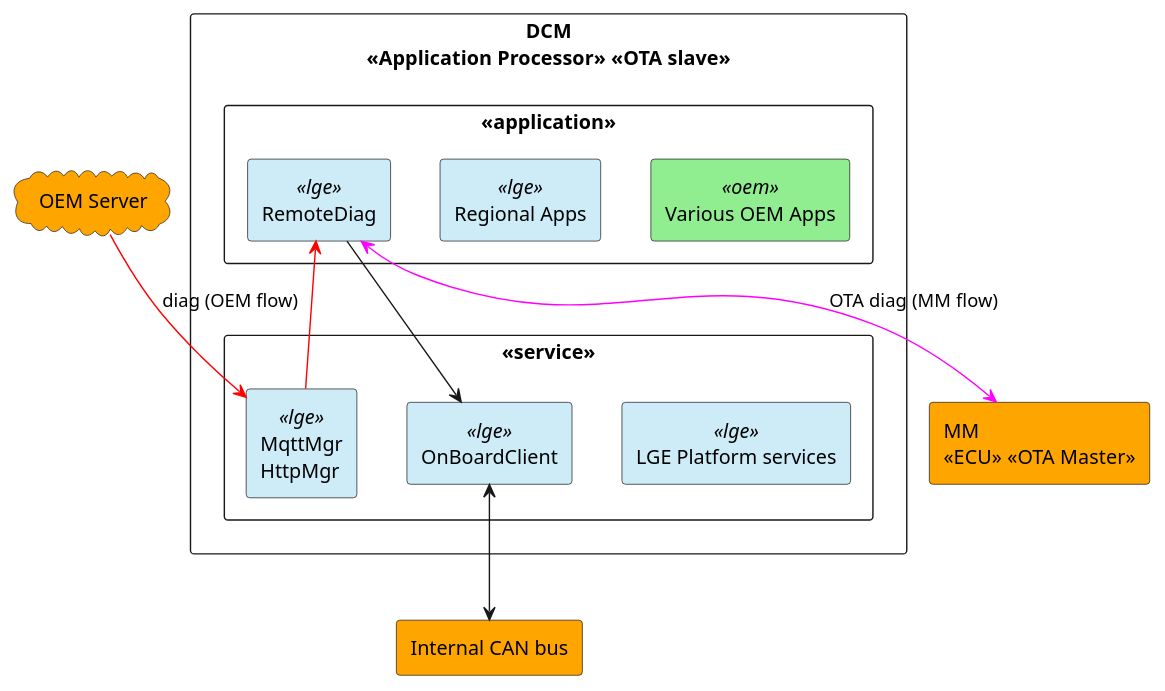
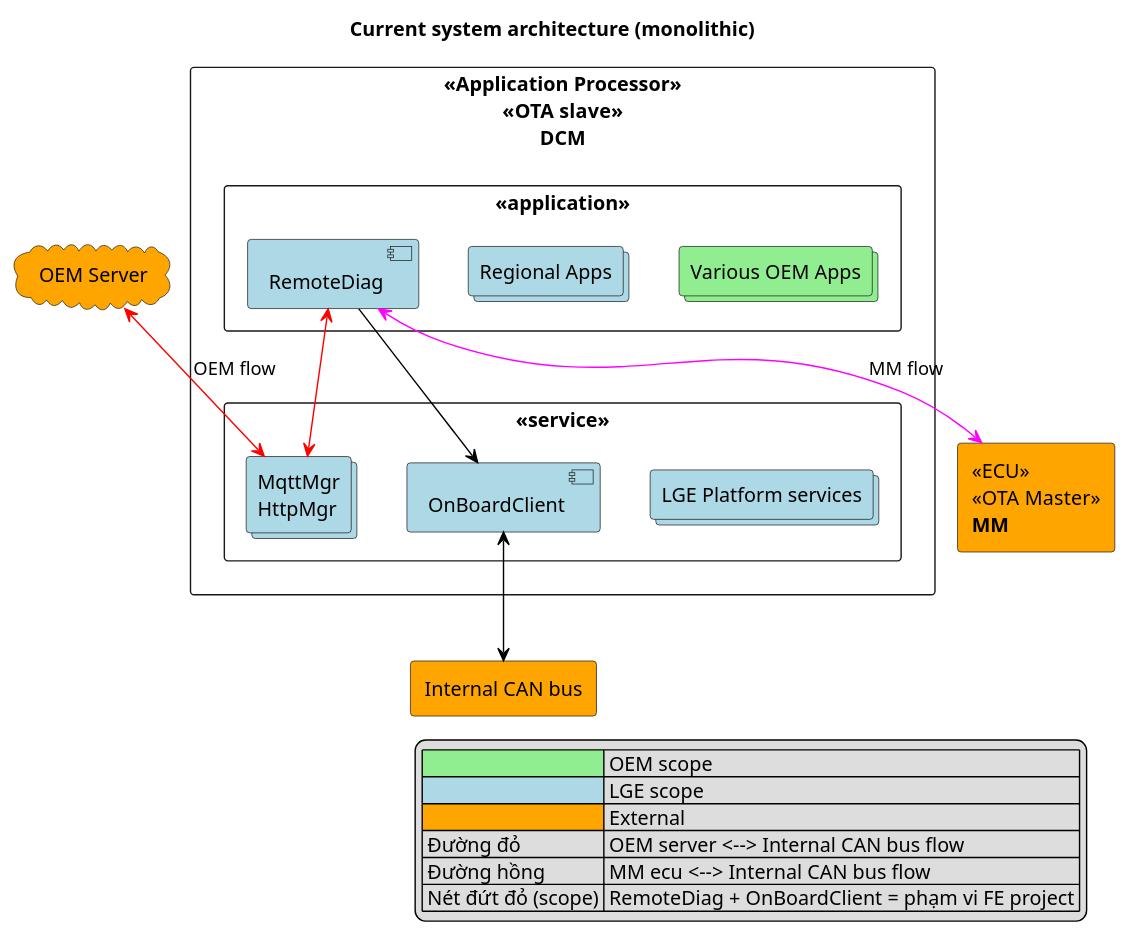
The first of 8 diagrams in design/FE_phi.vu_Design of Secure Remote Diag on Container Separation Architecture_3rd.md (btqt/fe), drawn with PlantUML before and after one commit. The commit also changed other lines of this file and 3 other files, not shown here.

````diff
--- a/design/FE_phi.vu_Design of Secure Remote Diag on Container Separation Architecture_3rd.md
+++ b/design/FE_phi.vu_Design of Secure Remote Diag on Container Separation Architecture_3rd.md
@@ -33,34 +37,39 @@
 ```plantuml
-@startuml
-skinparam componentStyle uml2
-skinparam rectangle {
-  BackgroundColor<<lge>> #CDECF7
-  BackgroundColor<<oem>> #90EE90
-  BackgroundColor<<ext>> #FFA500
+@startuml current_architecture
+title Current system architecture (monolithic)
+
+cloud "OEM Server" as OEM #Orange
+rectangle "<<ECU>>\n<<OTA Master>>\n**MM**" as MM #Orange
+rectangle "Internal CAN bus" as CAN #Orange
+
+rectangle "<<Application Processor>>\n<<OTA slave>>\n**DCM**" as DCM {
+    rectangle "<<application>>" as APP_LAYER {
+        collections "Various OEM Apps" as OEMAPP #LightGreen
+        collections "Regional Apps" as REGAPP #LightBlue
+        component "RemoteDiag" as RDG #LightBlue
+    }
+    rectangle "<<service>>" as SVC_LAYER {
+        collections "LGE Platform services" as PLAT #LightBlue
+        collections "MqttMgr\nHttpMgr" as COMM #LightBlue
+        component "OnBoardClient" as OBC #LightBlue
+    }
 }
 
-cloud "OEM Server" as OEM #FFA500
+' OEM server <--> Internal CAN bus flow (đỏ)
+OEM <-[#red]-> COMM : OEM flow
+COMM <-[#red]-> RDG
+' MM ecu <--> Internal CAN bus flow (hồng)
+RDG <-[#magenta]-> MM : MM flow
+RDG -[#black]-> OBC
+OBC <-[#black]-> CAN
 
-rectangle "DCM\n<<Application Processor>> <<OTA slave>>" {
-  rectangle "<<application>>" {
-    rectangle "Various OEM Apps" <<oem>>
-    rectangle "Regional Apps" <<lge>>
-    rectangle "RemoteDiag" <<lge>>
-  }
-  rectangle "<<service>>" {
-    rectangle "LGE Platform services" <<lge>>
-    rectangle "MqttMgr\nHttpMgr" <<lge>>
-    rectangle "OnBoardClient" <<lge>>
-  }
-}
-
-rectangle "MM\n<<ECU>> <<OTA Master>>" as MM #FFA500
-rectangle "Internal CAN bus" as CAN #FFA500
-
-OEM -[#red]-> "MqttMgr\nHttpMgr" : diag (OEM flow)
-"MqttMgr\nHttpMgr" -[#red]-> RemoteDiag
-RemoteDiag <-[#magenta]-> MM : OTA diag (MM flow)
-RemoteDiag --> OnBoardClient
-OnBoardClient <--> CAN
+legend right
+|<#LightGreen>| OEM scope |
+|<#LightBlue>| LGE scope |
+|<#Orange>| External |
+| Đường đỏ | OEM server <--> Internal CAN bus flow |
+| Đường hồng | MM ecu <--> Internal CAN bus flow |
+| Nét đứt đỏ (scope) | RemoteDiag + OnBoardClient = phạm vi FE project |
+endlegend
 @enduml
 ```
````
